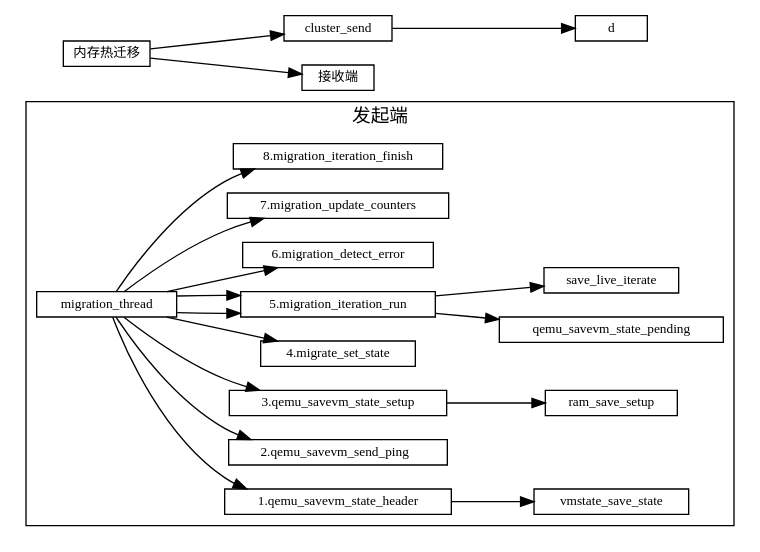
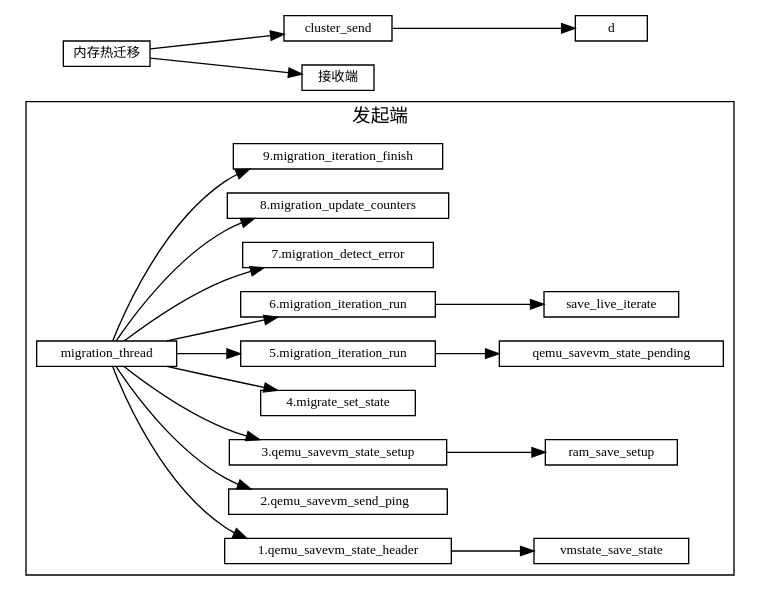
The diagram in 虚拟化/热迁移/1-内存热迁移.md (sisyphus1212/note), drawn with Graphviz before and after one commit.

Commit message:
auto_update

````diff
--- a/虚拟化/热迁移/1-内存热迁移.md
+++ b/虚拟化/热迁移/1-内存热迁移.md
@@ -11,36 +11,36 @@
 ```graphviz
 digraph 热迁移 {
 fontname="Helvetica,Arial,sans-serif"
 //node [fontname="Helvetica,Arial,sans-serif"]
 //edge [fontname="Helvetica,Arial,sans-serif"]
 rankdir="LR"
 node [fontsize=10, shape=box, height=0.25]
 edge [fontsize=10]
 
   subgraph send {
     cluster=true;
     label="发起端";
     migration_thread -> "1.qemu_savevm_state_header"
                      -> vmstate_save_state;
     migration_thread -> "2.qemu_savevm_send_ping  ";
     migration_thread -> "3.qemu_savevm_state_setup"
                      ->   ram_save_setup;
     migration_thread ->  "4.migrate_set_state";
     migration_thread ->  "5.migration_iteration_run"
                     ->   "qemu_savevm_state_pending";
-    migration_thread ->  "5.migration_iteration_run"
+    migration_thread ->  "6.migration_iteration_run"
                      ->   save_live_iterate;
-    migration_thread ->  "6.migration_detect_error";
-    migration_thread ->  "7.migration_update_counters";
-    migration_thread ->  "8.migration_iteration_finish";
+    migration_thread ->  "7.migration_detect_error";
+    migration_thread ->  "8.migration_update_counters";
+    migration_thread ->  "9.migration_iteration_finish";
 
 
   }
 
 内存热迁移 [label="内存热迁移"]
 内存热迁移 -> cluster_send
            -> d
 
 内存热迁移 -> 接收端
 }
 ```
````
